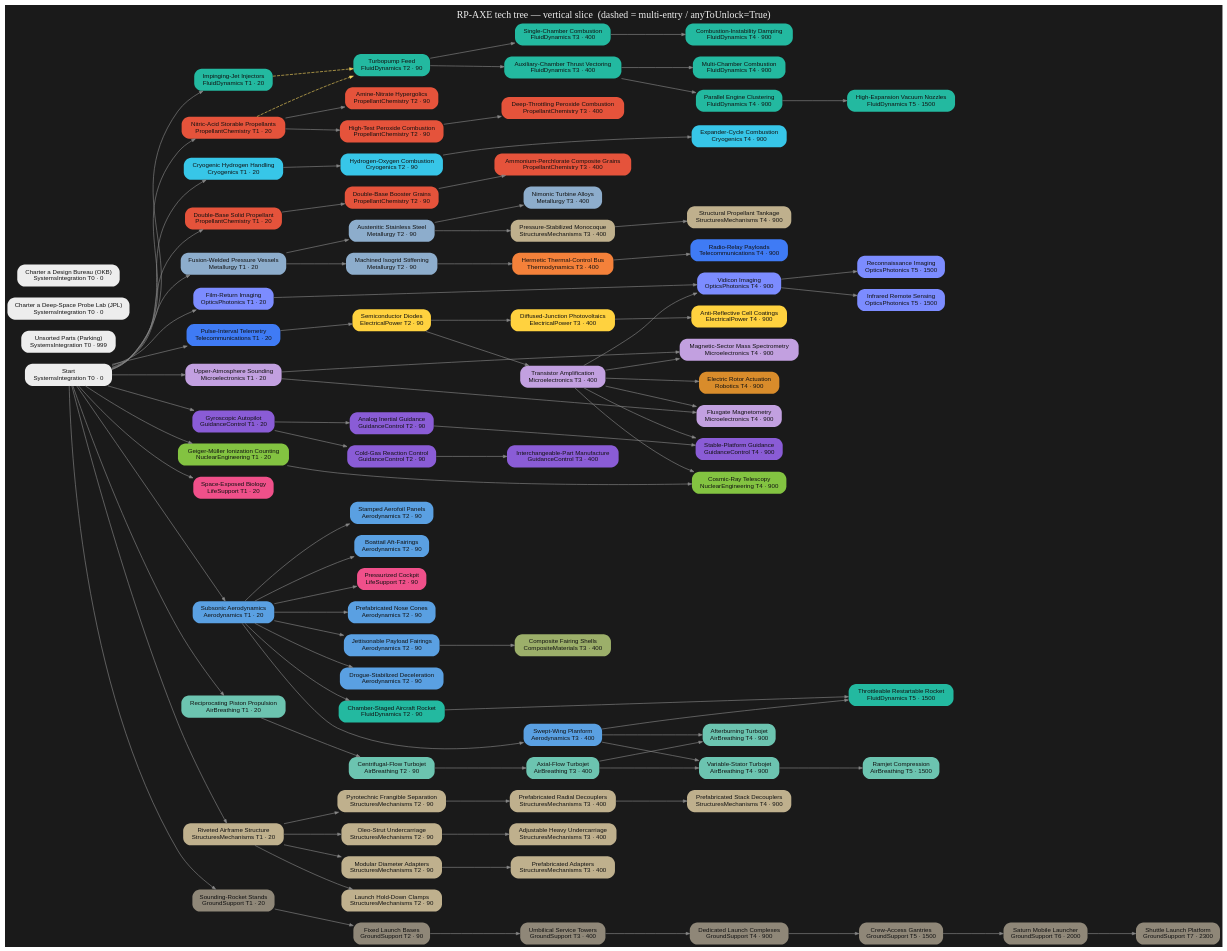
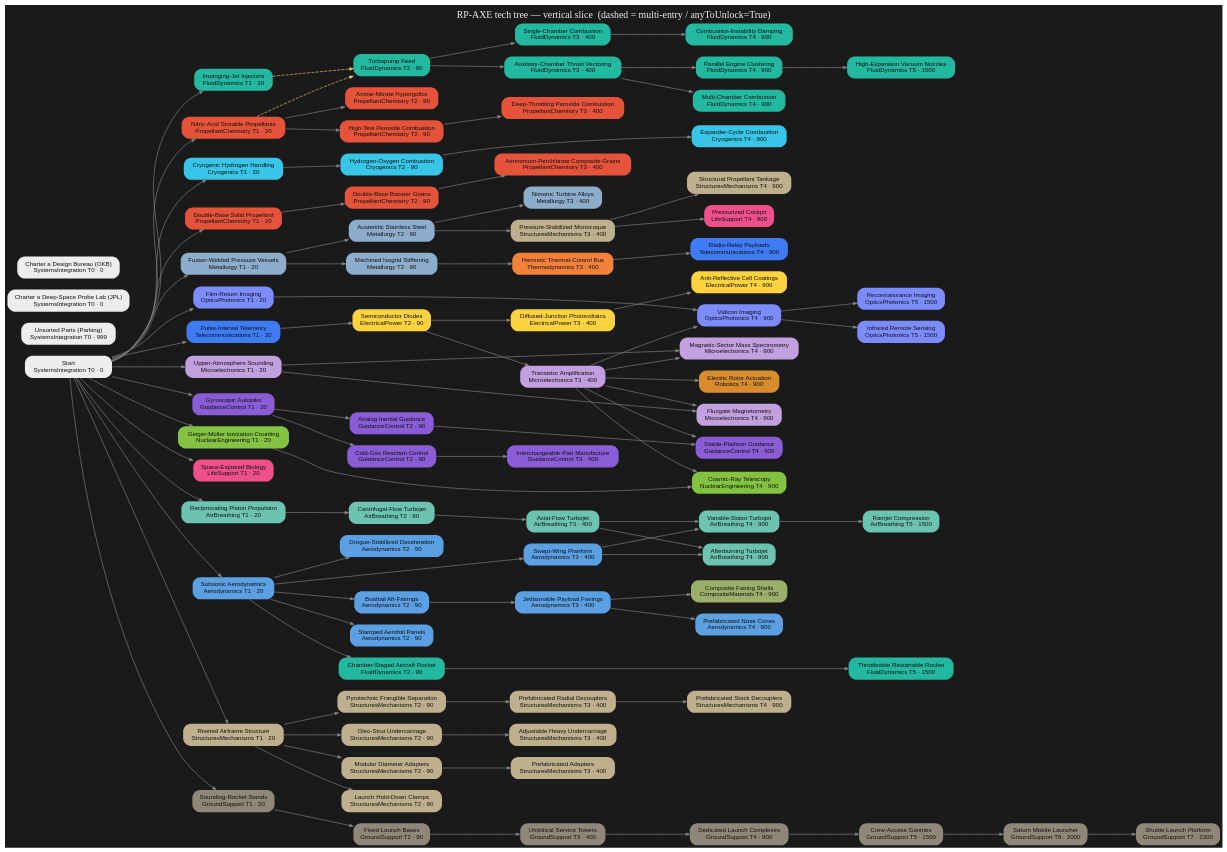
Before and after one commit to miskoltrans/RP-AXE: the diagram in tree/render/axe-tree.dot, drawn with Graphviz. The commit also changed 6 other files, not shown here.

First line of the commit message:
tree(band1): aero lane rework + early wing to start + cockpit re-home

```diff
--- a/tree/render/axe-tree.dot
+++ b/tree/render/axe-tree.dot
@@ -30,7 +30,7 @@
   "met_isogrid" [label="Machined Isogrid Stiffening\nMetallurgy T2 · 90",fillcolor="#8dadcc",fontcolor="#111111"];
   "str_balloonTank" [label="Pressure-Stabilized Monocoque\nStructuresMechanisms T3 · 400",fillcolor="#bfb08d",fontcolor="#111111"];
   "str_staging" [label="Pyrotechnic Frangible Separation\nStructuresMechanisms T2 · 90",fillcolor="#bfb08d",fontcolor="#111111"];
-  "aero_fairings" [label="Jettisonable Payload Fairings\nAerodynamics T2 · 90",fillcolor="#5aa0e2",fontcolor="#111111"];
+  "aero_fairings" [label="Jettisonable Payload Fairings\nAerodynamics T3 · 400",fillcolor="#5aa0e2",fontcolor="#111111"];
   "tel_telemetry" [label="Pulse-Interval Telemetry\nTelecommunications T1 · 20",fillcolor="#3f7bf5",fontcolor="#111111"];
   "th_hermeticBus" [label="Hermetic Thermal-Control Bus\nThermodynamics T3 · 400",fillcolor="#f4813a",fontcolor="#111111"];
   "elec_semiconductorDiode" [label="Semiconductor Diodes\nElectricalPower T2 · 90",fillcolor="#ffd23f",fontcolor="#111111"];
@@ -67,10 +67,10 @@
   "str_diameterAdapters" [label="Modular Diameter Adapters\nStructuresMechanisms T2 · 90",fillcolor="#bfb08d",fontcolor="#111111"];
   "str_prefabAdapters" [label="Prefabricated Adapters\nStructuresMechanisms T3 · 400",fillcolor="#bfb08d",fontcolor="#111111"];
   "str_serviceModuleTank" [label="Structural Propellant Tankage\nStructuresMechanisms T4 · 900",fillcolor="#bfb08d",fontcolor="#111111"];
-  "cmp_compositeFairings" [label="Composite Fairing Shells\nCompositeMaterials T3 · 400",fillcolor="#9caf6a",fontcolor="#111111"];
+  "cmp_compositeFairings" [label="Composite Fairing Shells\nCompositeMaterials T4 · 900",fillcolor="#9caf6a",fontcolor="#111111"];
   "elec_arCoatings" [label="Anti-Reflective Cell Coatings\nElectricalPower T4 · 900",fillcolor="#ffd23f",fontcolor="#111111"];
   "prop_recipEngine" [label="Reciprocating Piston Propulsion\nAirBreathing T1 · 20",fillcolor="#6cc4b0",fontcolor="#111111"];
-  "life_pilotedCockpits" [label="Pressurized Cockpit\nLifeSupport T2 · 90",fillcolor="#f0508a",fontcolor="#111111"];
+  "life_pilotedCockpits" [label="Pressurized Cockpit\nLifeSupport T4 · 900",fillcolor="#f0508a",fontcolor="#111111"];
   "str_radialDecouplers" [label="Prefabricated Radial Decouplers\nStructuresMechanisms T3 · 400",fillcolor="#bfb08d",fontcolor="#111111"];
   "str_standardDecouplers" [label="Prefabricated Stack Decouplers\nStructuresMechanisms T4 · 900",fillcolor="#bfb08d",fontcolor="#111111"];
   "tel_appSatellites" [label="Radio-Relay Payloads\nTelecommunications T4 · 900",fillcolor="#3f7bf5",fontcolor="#111111"];
@@ -82,15 +82,15 @@
   "gs_crewGantries" [label="Crew-Access Gantries\nGroundSupport T5 · 1500",fillcolor="#8f8778",fontcolor="#111111"];
   "gs_saturnPad" [label="Saturn Mobile Launcher\nGroundSupport T6 · 2000",fillcolor="#8f8778",fontcolor="#111111"];
   "gs_shuttlePad" [label="Shuttle Launch Platform\nGroundSupport T7 · 2300",fillcolor="#8f8778",fontcolor="#111111"];
-  "aero_prefabNoseCones" [label="Prefabricated Nose Cones\nAerodynamics T2 · 90",fillcolor="#5aa0e2",fontcolor="#111111"];
+  "aero_prefabNoseCones" [label="Prefabricated Nose Cones\nAerodynamics T4 · 900",fillcolor="#5aa0e2",fontcolor="#111111"];
   "nuc_cosmicRay" [label="Cosmic-Ray Telescopy\nNuclearEngineering T4 · 900",fillcolor="#83c341",fontcolor="#111111"];
   "opt_recon" [label="Reconnaissance Imaging\nOpticsPhotonics T5 · 1500",fillcolor="#7c8cff",fontcolor="#111111"];
   "opt_remoteSensing" [label="Infrared Remote Sensing\nOpticsPhotonics T5 · 1500",fillcolor="#7c8cff",fontcolor="#111111"];
   { rank=same; "start" "parking" "hire_JPL" "hire_OKB" }
   { rank=same; "pc_storables" "cryo_hydrogen" "pc_doubleBaseSolid" "fd_injectors" "met_weldedTank" "tel_telemetry" "opt_filmReturn" "nuc_geiger" "bio_cultures" "mic_atmoSounding" "aero_subsonicWing" "str_structuralHardware" "gnc_postWarAvionics" "prop_recipEngine" "gs_soundingStands" }
-  { rank=same; "fd_turbopumpFeed" "cryo_hydroloxPrototype" "pc_doubleBaseBooster" "pc_hypergolics" "pc_htp" "met_stainlessSteel" "met_isogrid" "str_staging" "aero_fairings" "elec_semiconductorDiode" "gnc_rcs" "aero_recovery" "str_landingGear" "av_centrifugalJet" "fd_rocketplaneRocket" "gnc_avionicsPrototypes" "aero_stampedWings" "aero_boattail" "str_diameterAdapters" "life_pilotedCockpits" "gs_launchClamps" "gs_launchBases" "aero_prefabNoseCones" }
-  { rank=same; "fd_singleChamber" "fd_verniers" "pc_compositeSolid" "pc_stentor" "met_nimonic" "str_balloonTank" "th_hermeticBus" "elec_transistor" "elec_siliconPV" "str_adjustableGear" "av_axialJet" "aero_supersonicWing" "gnc_standardRCS" "str_prefabAdapters" "cmp_compositeFairings" "str_radialDecouplers" "gs_serviceTowers" }
-  { rank=same; "fd_largeChamber" "fd_orbitalSoviet" "fd_orbitalMultiChamber" "cryo_expanderCycle" "rob_rotorActuation" "opt_vidicon" "mic_massSpec" "mic_magnetometer" "av_afterburner" "av_variableStator" "gnc_earlyAvionics" "str_serviceModuleTank" "elec_arCoatings" "str_standardDecouplers" "tel_appSatellites" "gs_dedicatedComplexes" "nuc_cosmicRay" }
+  { rank=same; "fd_turbopumpFeed" "cryo_hydroloxPrototype" "pc_doubleBaseBooster" "pc_hypergolics" "pc_htp" "met_stainlessSteel" "met_isogrid" "str_staging" "elec_semiconductorDiode" "gnc_rcs" "aero_recovery" "str_landingGear" "av_centrifugalJet" "fd_rocketplaneRocket" "gnc_avionicsPrototypes" "aero_stampedWings" "aero_boattail" "str_diameterAdapters" "gs_launchClamps" "gs_launchBases" }
+  { rank=same; "fd_singleChamber" "fd_verniers" "pc_compositeSolid" "pc_stentor" "met_nimonic" "str_balloonTank" "aero_fairings" "th_hermeticBus" "elec_transistor" "elec_siliconPV" "str_adjustableGear" "av_axialJet" "aero_supersonicWing" "gnc_standardRCS" "str_prefabAdapters" "str_radialDecouplers" "gs_serviceTowers" }
+  { rank=same; "fd_largeChamber" "fd_orbitalSoviet" "fd_orbitalMultiChamber" "cryo_expanderCycle" "rob_rotorActuation" "opt_vidicon" "mic_massSpec" "mic_magnetometer" "av_afterburner" "av_variableStator" "gnc_earlyAvionics" "str_serviceModuleTank" "cmp_compositeFairings" "elec_arCoatings" "life_pilotedCockpits" "str_standardDecouplers" "tel_appSatellites" "gs_dedicatedComplexes" "aero_prefabNoseCones" "nuc_cosmicRay" }
   { rank=same; "fd_matureOrbital" "av_ramjet" "fd_throttlingRocket" "gs_crewGantries" "opt_recon" "opt_remoteSensing" }
   { rank=same; "gs_saturnPad" }
   { rank=same; "gs_shuttlePad" }
@@ -119,7 +119,7 @@
   "met_weldedTank" -> "met_isogrid" [style=solid];
   "met_stainlessSteel" -> "str_balloonTank" [style=solid];
   "str_structuralHardware" -> "str_staging" [style=solid];
-  "aero_subsonicWing" -> "aero_fairings" [style=solid];
+  "aero_boattail" -> "aero_fairings" [style=solid];
   "start" -> "tel_telemetry" [style=solid];
   "met_isogrid" -> "th_hermeticBus" [style=solid];
   "tel_telemetry" -> "elec_semiconductorDiode" [style=solid];
@@ -151,7 +151,6 @@
   "aero_supersonicWing" -> "av_variableStator" [style=solid];
   "av_variableStator" -> "av_ramjet" [style=solid];
   "fd_rocketplaneRocket" -> "fd_throttlingRocket" [style=solid];
-  "aero_supersonicWing" -> "fd_throttlingRocket" [style=solid];
   "start" -> "str_structuralHardware" [style=solid];
   "start" -> "gnc_postWarAvionics" [style=solid];
   "gnc_postWarAvionics" -> "gnc_avionicsPrototypes" [style=solid];
@@ -166,7 +165,7 @@
   "aero_fairings" -> "cmp_compositeFairings" [style=solid];
   "elec_siliconPV" -> "elec_arCoatings" [style=solid];
   "start" -> "prop_recipEngine" [style=solid];
-  "aero_subsonicWing" -> "life_pilotedCockpits" [style=solid];
+  "str_balloonTank" -> "life_pilotedCockpits" [style=solid];
   "str_staging" -> "str_radialDecouplers" [style=solid];
   "str_radialDecouplers" -> "str_standardDecouplers" [style=solid];
   "th_hermeticBus" -> "tel_appSatellites" [style=solid];
@@ -178,7 +177,7 @@
   "gs_dedicatedComplexes" -> "gs_crewGantries" [style=solid];
   "gs_crewGantries" -> "gs_saturnPad" [style=solid];
   "gs_saturnPad" -> "gs_shuttlePad" [style=solid];
-  "aero_subsonicWing" -> "aero_prefabNoseCones" [style=solid];
+  "aero_fairings" -> "aero_prefabNoseCones" [style=solid];
   "nuc_geiger" -> "nuc_cosmicRay" [style=solid];
   "elec_transistor" -> "nuc_cosmicRay" [style=solid];
   "opt_vidicon" -> "opt_recon" [style=solid];
```
